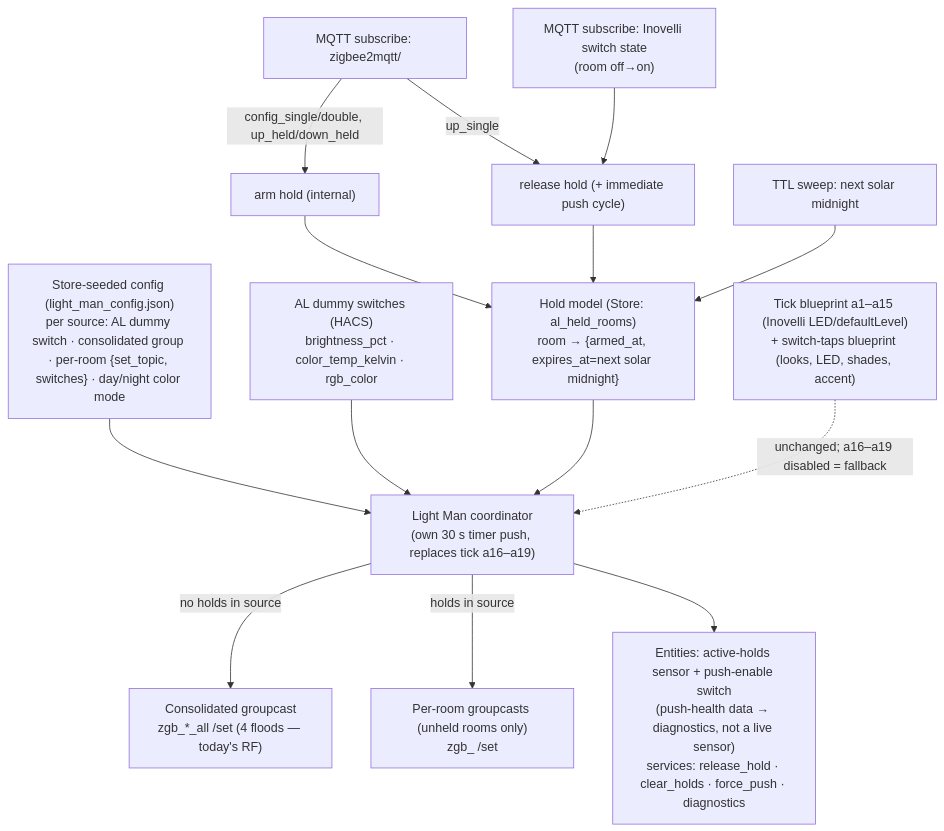
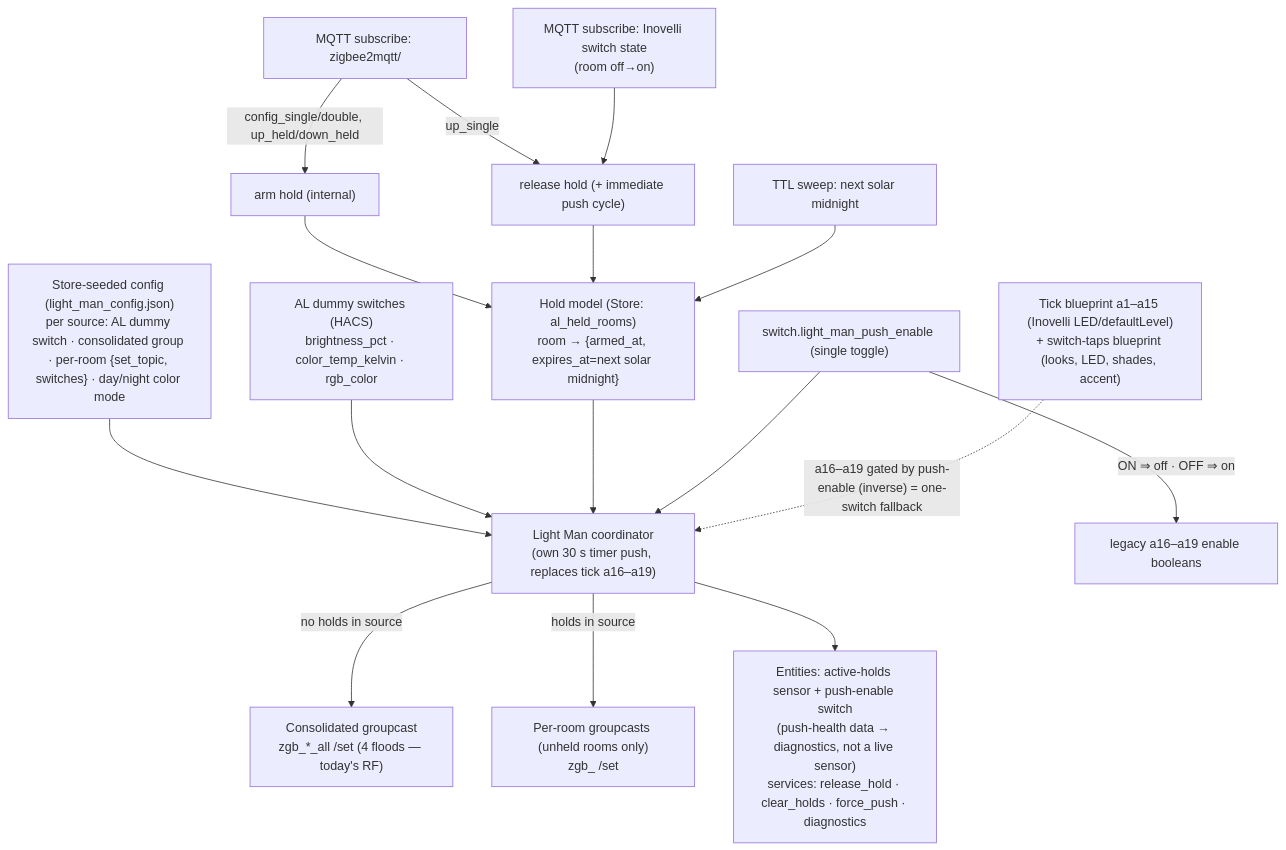
One commit to mnestrud/light-man changed the diagram in docs/PLAN.md. Above: the diagram before and after it, drawn with Mermaid. The commit also changed other lines of this file and 1 other file, not shown here.

First line of the commit message:
docs: single-toggle stack switch (push_enable drives legacy booleans)

````diff
--- a/docs/PLAN.md
+++ b/docs/PLAN.md
@@ -109,16 +114,18 @@
 ```mermaid
 flowchart TD
     CFG["Store-seeded config (light_man_config.json)<br/>per source: AL dummy switch · consolidated group · per-room {set_topic, switches} · day/night color mode"] --> CO
     AL["AL dummy switches (HACS)<br/>brightness_pct · color_temp_kelvin · rgb_color"] --> CO["Light Man coordinator<br/>(own 30 s timer push, replaces tick a16–a19)"]
     H["Hold model (Store: al_held_rooms)<br/>room → {armed_at, expires_at=next solar midnight}"] --> CO
     CO -->|"no holds in source"| GC["Consolidated groupcast<br/>zgb_*_all /set (4 floods — today's RF)"]
     CO -->|"holds in source"| PR["Per-room groupcasts (unheld rooms only)<br/>zgb_<room> /set"]
     TAP["MQTT subscribe: zigbee2mqtt/<switch>/action"] -->|"config_single/double, up_held/down_held"| ARM["arm hold (internal)"]
     TAP -->|"up_single"| REL["release hold (+ immediate push cycle)"]
     OFF["MQTT subscribe: Inovelli switch state<br/>(room off→on)"] --> REL
     ARM --> H
     REL --> H
     TTL["TTL sweep: next solar midnight"] --> H
     CO --> E["Entities: active-holds sensor + push-enable switch<br/>(push-health data → diagnostics, not a live sensor)<br/>services: release_hold · clear_holds · force_push · diagnostics"]
-    BP["Tick blueprint a1–a15 (Inovelli LED/defaultLevel)<br/>+ switch-taps blueprint (looks, LED, shades, accent)"] -. "unchanged; a16–a19 disabled = fallback" .-> CO
+    SW["switch.light_man_push_enable (single toggle)"] -->|"ON ⇒ off · OFF ⇒ on"| LEG["legacy a16–a19 enable booleans"]
+    SW --> CO
+    BP["Tick blueprint a1–a15 (Inovelli LED/defaultLevel)<br/>+ switch-taps blueprint (looks, LED, shades, accent)"] -. "a16–a19 gated by push-enable (inverse) = one-switch fallback" .-> CO
 ```
````
